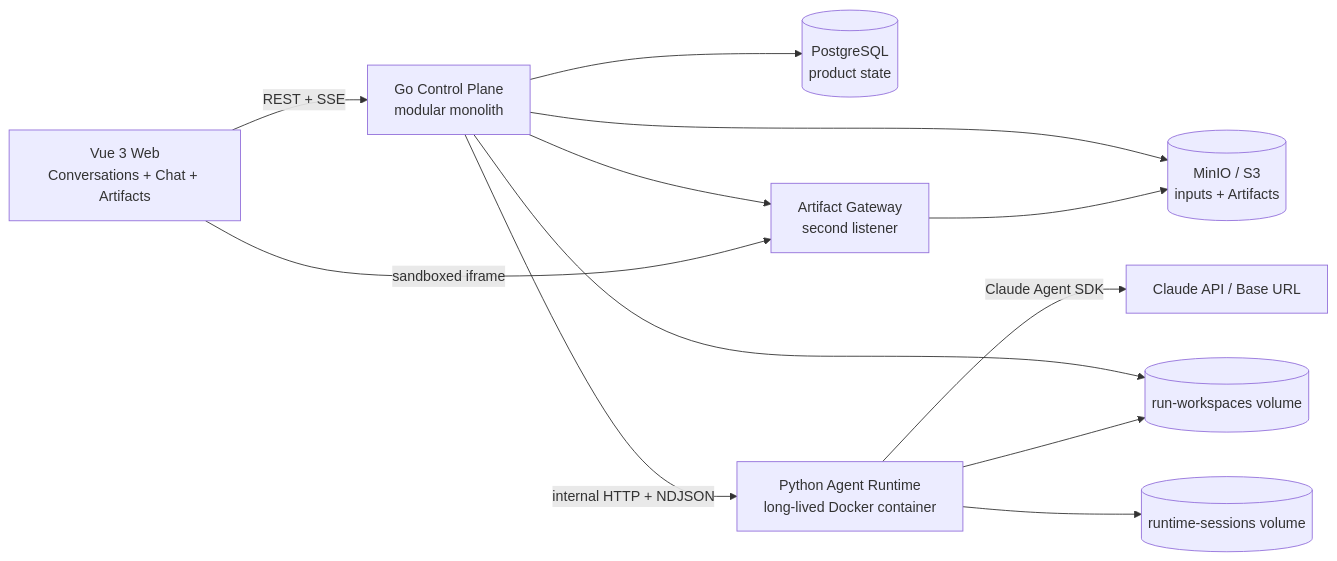
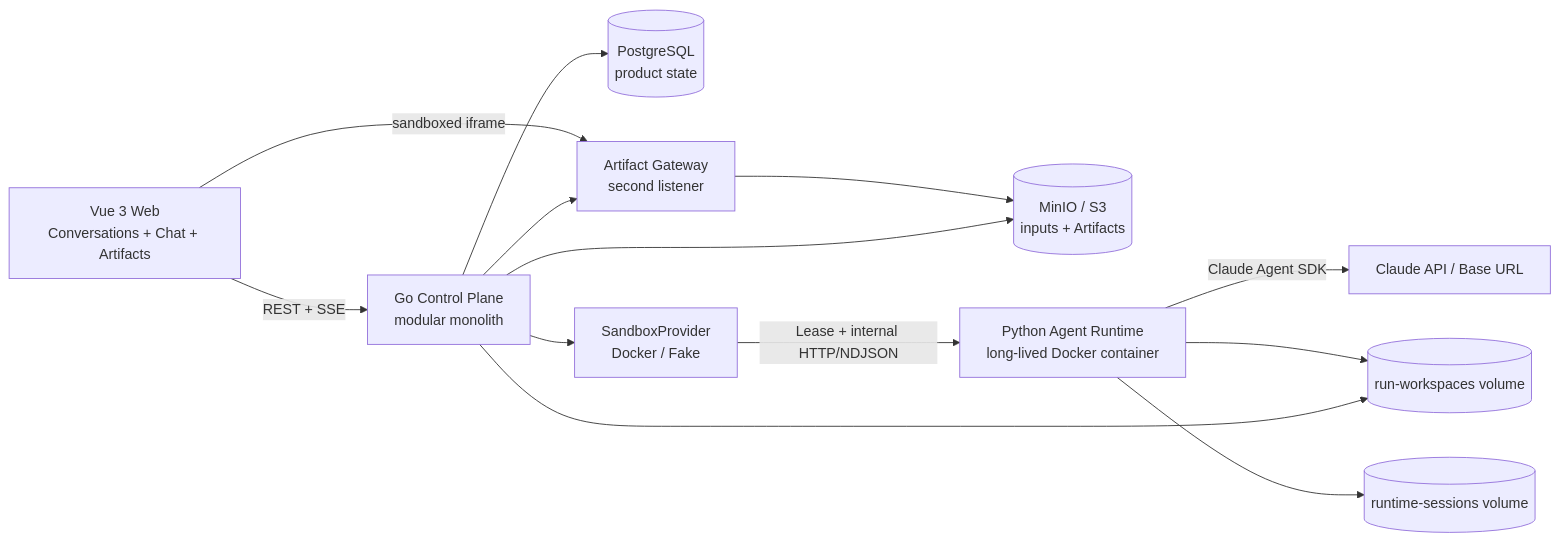
The diagram in docs/superpowers/specs/2026-07-19-harness-forge-design.md (Sesame2/harness-forge), drawn with Mermaid before and after one commit. The commit also changed other lines of this file and 2 other files, not shown here.

Commit message:
docs: plan sandbox provider evolution

````diff
--- a/docs/superpowers/specs/2026-07-19-harness-forge-design.md
+++ b/docs/superpowers/specs/2026-07-19-harness-forge-design.md
@@ -101,14 +107,15 @@
 ```mermaid
 flowchart LR
     UI["Vue 3 Web<br/>Conversations + Chat + Artifacts"] -->|"REST + SSE"| CP["Go Control Plane<br/>modular monolith"]
     CP --> PG[("PostgreSQL<br/>product state")]
     CP --> S3[("MinIO / S3<br/>inputs + Artifacts")]
-    CP -->|"internal HTTP + NDJSON"| RT["Python Agent Runtime<br/>long-lived Docker container"]
+    CP --> SP["SandboxProvider<br/>Docker / Fake"]
+    SP -->|"Lease + internal HTTP/NDJSON"| RT["Python Agent Runtime<br/>long-lived Docker container"]
     RT -->|"Claude Agent SDK"| CL["Claude API / Base URL"]
     CP --> WV[("run-workspaces volume")]
     RT --> WV
     RT --> SV[("runtime-sessions volume")]
     CP --> AG["Artifact Gateway<br/>second listener"]
     AG --> S3
     UI -->|"sandboxed iframe"| AG
 ```
````
